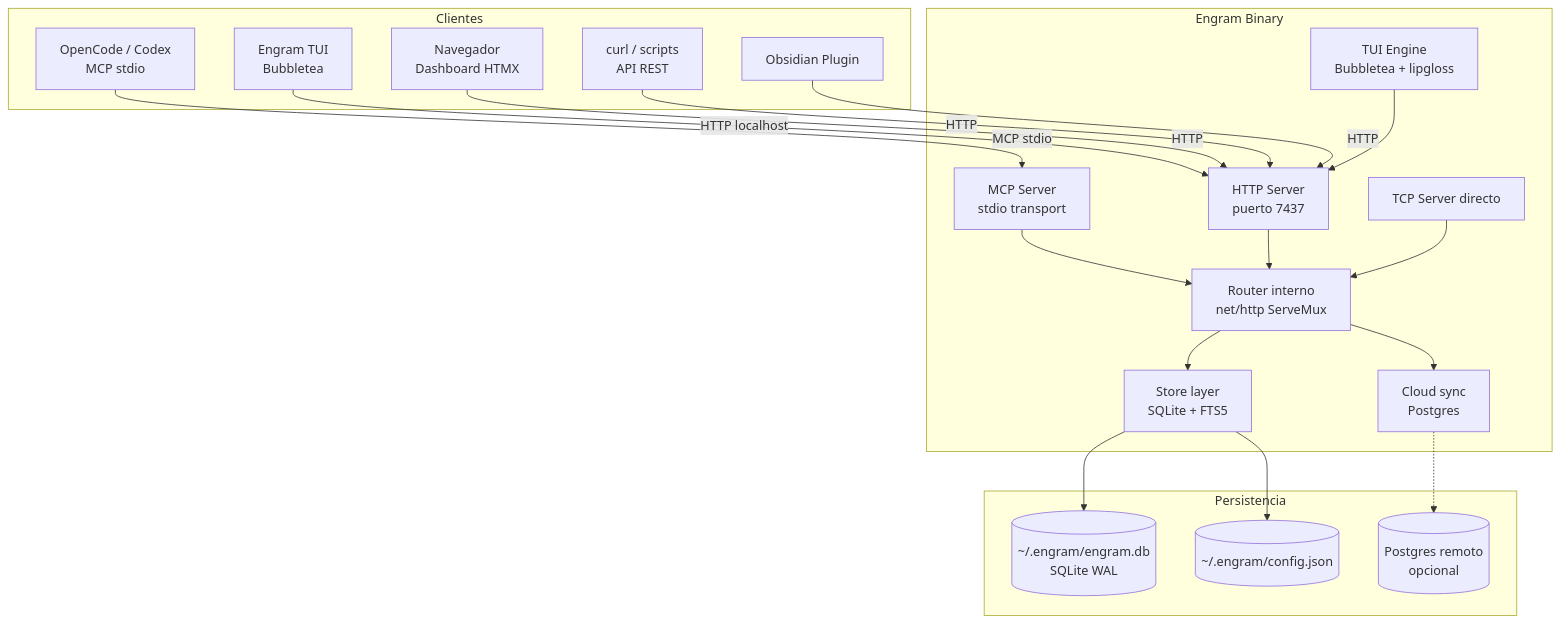
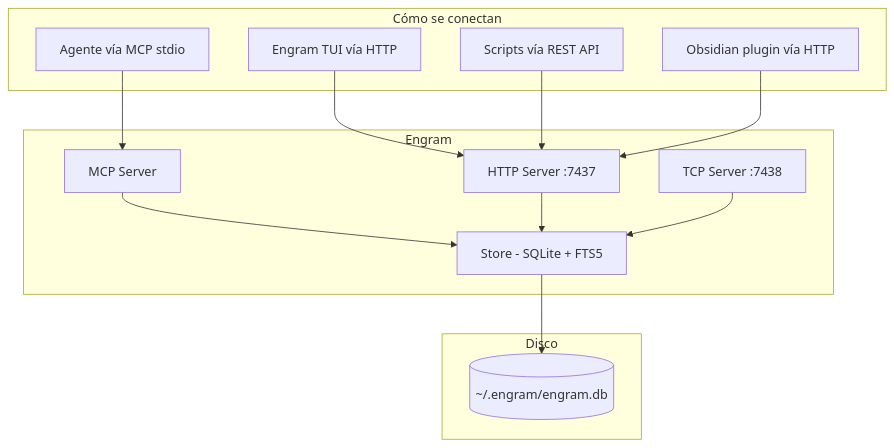
Before and after one commit to harrysxavio/gentle-ai-manual: the diagram in src/content/docs/09-engram/03-arquitectura-engram.md, drawn with Mermaid. The commit also changed other lines of this file and 10 other files, not shown here.

````diff
--- a/src/content/docs/09-engram/03-arquitectura-engram.md
+++ b/src/content/docs/09-engram/03-arquitectura-engram.md
@@ -59,43 +52,26 @@
 ```mermaid
 graph TB
-    subgraph CLIENTES["Clientes"]
-        OC[OpenCode / Codex<br>MCP stdio]
-        TUI[Engram TUI<br>Bubbletea]
-        BROWSER[Navegador<br>Dashboard HTMX]
-        CURL[curl / scripts<br>API REST]
-        OBSIDIAN[Obsidian Plugin]
+    subgraph CLIENTES["Cómo se conectan"]
+        A[Agente vía MCP stdio]
+        T[Engram TUI vía HTTP]
+        S[Scripts vía REST API]
+        O[Obsidian plugin vía HTTP]
     end
-
-    subgraph ENGRAM["Engram Binary"]
-        MCP[MCP Server<br>stdio transport]
-        REST[HTTP Server<br>puerto 7437]
-        TCP[TCP Server directo]
-        ROUTER[Router interno<br>net/http ServeMux]
-        STORE[Store layer<br>SQLite + FTS5]
-        CLOUD[Cloud sync<br>Postgres]
-        TUI_ENGINE[TUI Engine<br>Bubbletea + lipgloss]
+    subgraph ENGRAM["Engram"]
+        MCP[MCP Server]
+        REST[HTTP Server :7437]
+        TCP[TCP Server :7438]
+        STORE[Store - SQLite + FTS5]
     end
-
-    subgraph PERSISTENCIA["Persistencia"]
-        LOCAL[(~/.engram/engram.db<br>SQLite WAL)]
-        CONFIG[(~/.engram/config.json)]
-        REMOTE[(Postgres remoto<br>opcional)]
+    subgraph DISCO["Disco"]
+        DB[(~/.engram/engram.db)]
     end
-
-    OC -->|"MCP stdio"| MCP
-    TUI -->|"HTTP localhost"| REST
-    BROWSER -->|"HTTP"| REST
-    CURL -->|"HTTP"| REST
-    OBSIDIAN -->|"HTTP"| REST
-
-    MCP --> ROUTER
-    REST --> ROUTER
-    TCP --> ROUTER
-    ROUTER --> STORE
-    ROUTER --> CLOUD
-    TUI_ENGINE --> REST
-
-    STORE --> LOCAL
-    STORE --> CONFIG
-    CLOUD -.-> REMOTE
+    A --> MCP
+    T --> REST
+    S --> REST
+    O --> REST
+    MCP --> STORE
+    REST --> STORE
+    TCP --> STORE
+    STORE --> DB
 ```
````
